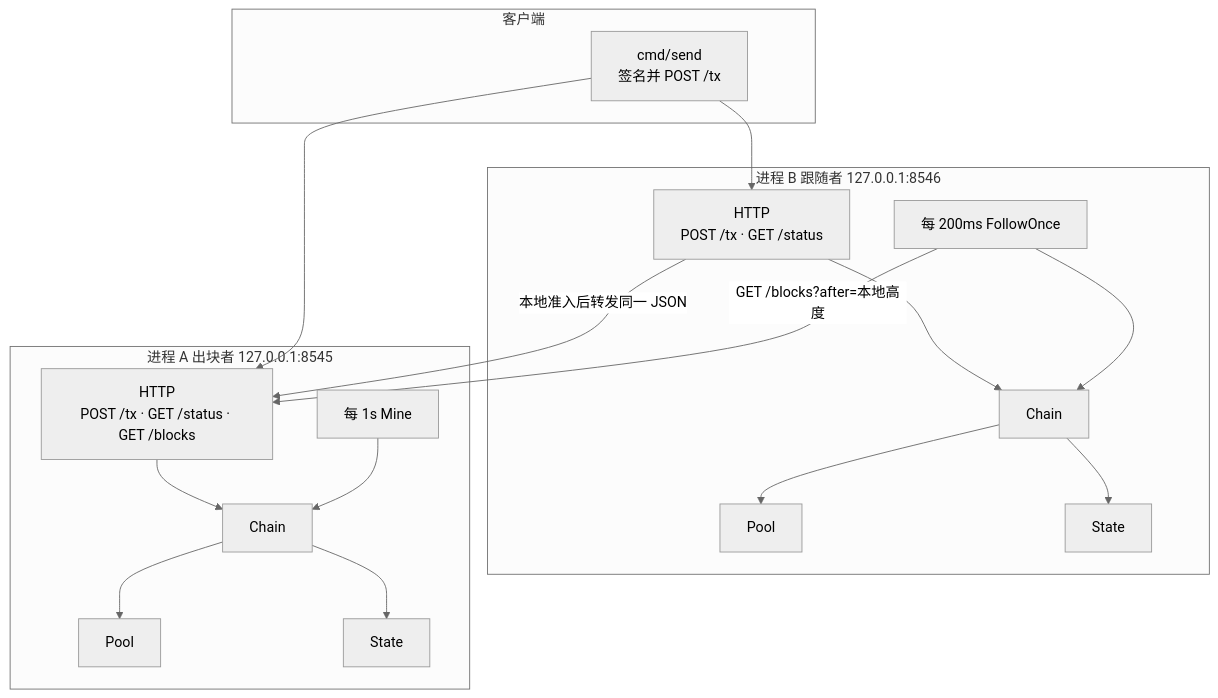
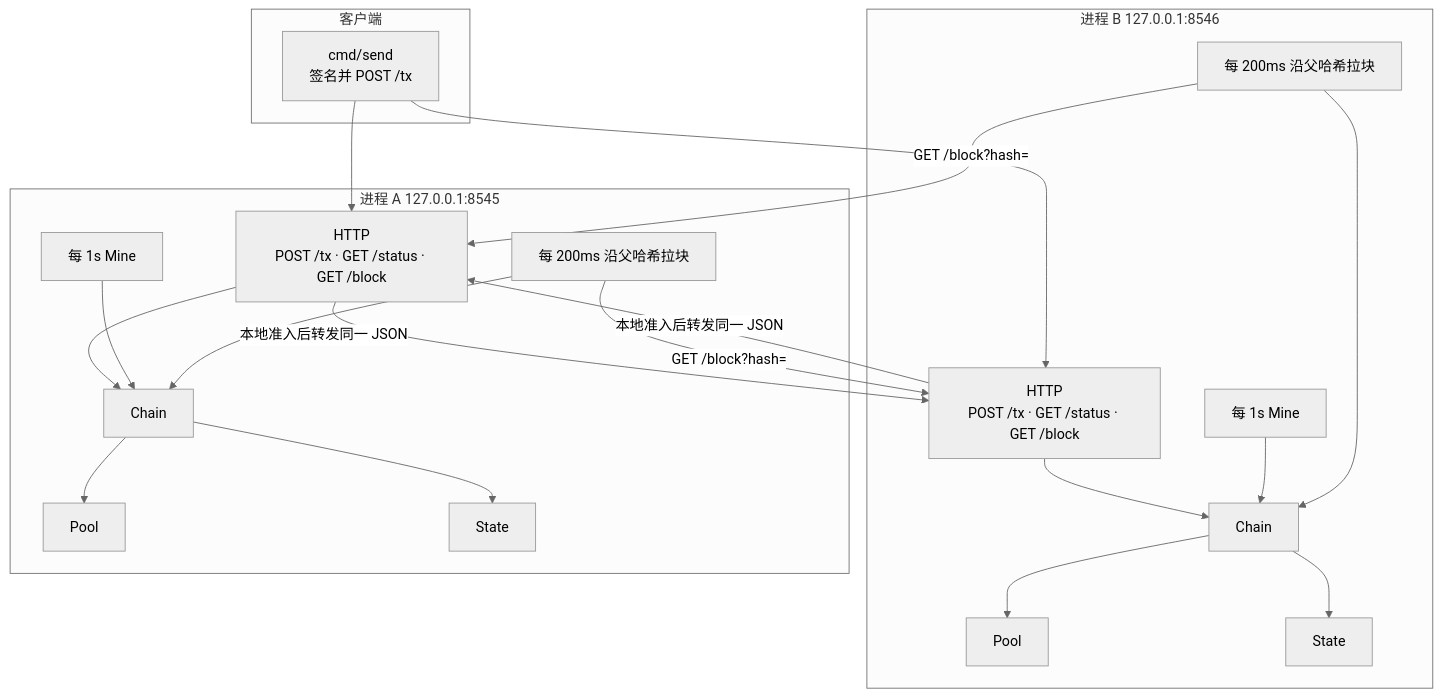
The first of 5 diagrams in docs/learning-guide.md (slmthydesp/minichain), drawn with Mermaid (neutral theme) before and after one commit. The commit also changed other lines of this file and 1 other file, not shown here.

````diff
--- a/docs/learning-guide.md
+++ b/docs/learning-guide.md
@@ -24,35 +24,41 @@
 ```mermaid
 flowchart TB
   subgraph clients [客户端]
     Send["cmd/send<br/>签名并 POST /tx"]
   end
 
-  subgraph procB [进程 B 跟随者 127.0.0.1:8546]
-    HB["HTTP<br/>POST /tx · GET /status"]
-    Follow["每 200ms FollowOnce"]
+  subgraph procB [进程 B 127.0.0.1:8546]
+    HB["HTTP<br/>POST /tx · GET /status · GET /block"]
+    MineB["每 1s Mine"]
+    FollowB["每 200ms 沿父哈希拉块"]
     CB["Chain"]
     PB["Pool"]
     SB["State"]
   end
 
-  subgraph procA [进程 A 出块者 127.0.0.1:8545]
-    HA["HTTP<br/>POST /tx · GET /status · GET /blocks"]
-    Mine["每 1s Mine"]
+  subgraph procA [进程 A 127.0.0.1:8545]
+    HA["HTTP<br/>POST /tx · GET /status · GET /block"]
+    MineA["每 1s Mine"]
+    FollowA["每 200ms 沿父哈希拉块"]
     CA["Chain"]
     PA["Pool"]
     SA["State"]
   end
 
   Send --> HA
   Send --> HB
   HB -->|"本地准入后转发同一 JSON"| HA
-  Follow -->|"GET /blocks?after=本地高度"| HA
+  HA -->|"本地准入后转发同一 JSON"| HB
+  FollowB -->|"GET /block?hash="| HA
+  FollowA -->|"GET /block?hash="| HB
   HB --> CB
-  Follow --> CB
+  MineB --> CB
+  FollowB --> CB
   CB --> PB
   CB --> SB
   HA --> CA
-  Mine --> CA
+  MineA --> CA
+  FollowA --> CA
   CA --> PA
   CA --> SA
 ```
````
